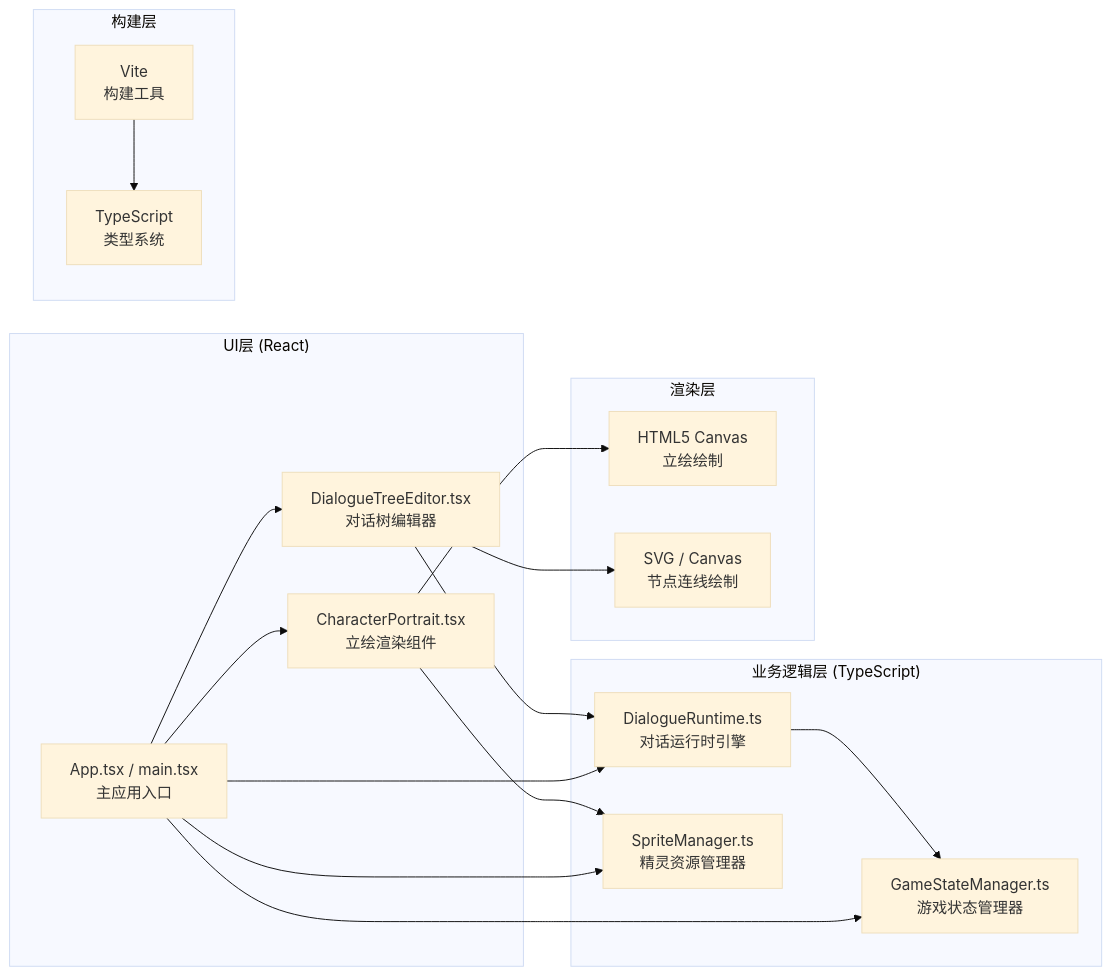
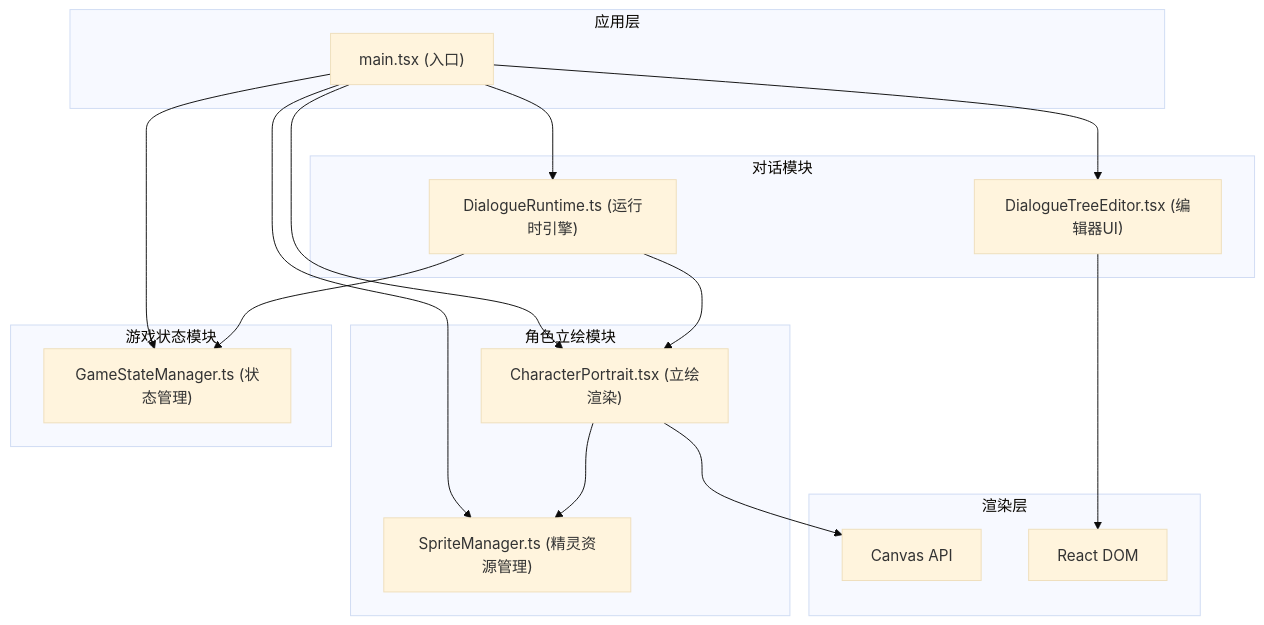
Before and after one commit to LIANG0828906/solo: the diagram in cp4_6.14_auto69/.trae/documents/TechnicalArchitecture.md, drawn with Mermaid (base theme). The commit also changed other lines of this file and 26 other files, not shown here.

````diff
--- a/cp4_6.14_auto69/.trae/documents/TechnicalArchitecture.md
+++ b/cp4_6.14_auto69/.trae/documents/TechnicalArchitecture.md
@@ -3,36 +3,32 @@
 ```mermaid
-graph LR
-    subgraph "UI层 (React)"
-        A["DialogueTreeEditor.tsx<br/>对话树编辑器"]
-        B["CharacterPortrait.tsx<br/>立绘渲染组件"]
-        C["App.tsx / main.tsx<br/>主应用入口"]
+graph TD
+    subgraph "应用层"
+        A["main.tsx (入口)"]
     end
-
-    subgraph "业务逻辑层 (TypeScript)"
-        D["DialogueRuntime.ts<br/>对话运行时引擎"]
-        E["SpriteManager.ts<br/>精灵资源管理器"]
-        F["GameStateManager.ts<br/>游戏状态管理器"]
+    subgraph "对话模块"
+        B["DialogueTreeEditor.tsx (编辑器UI)"]
+        C["DialogueRuntime.ts (运行时引擎)"]
     end
-
+    subgraph "角色立绘模块"
+        D["CharacterPortrait.tsx (立绘渲染)"]
+        E["SpriteManager.ts (精灵资源管理)"]
+    end
+    subgraph "游戏状态模块"
+        F["GameStateManager.ts (状态管理)"]
+    end
     subgraph "渲染层"
-        G["HTML5 Canvas<br/>立绘绘制"]
-        H["SVG / Canvas<br/>节点连线绘制"]
+        G["Canvas API"]
+        H["React DOM"]
     end
-
-    subgraph "构建层"
-        I["Vite<br/>构建工具"]
-        J["TypeScript<br/>类型系统"]
-    end
-
+    
+    A --> B
+    A --> C
     A --> D
-    B --> G
-    B --> E
-    D --> F
-    C --> A
-    C --> B
+    A --> E
+    A --> F
+    B --> H
+    D --> G
+    C --> F
+    D --> E
     C --> D
-    C --> E
-    C --> F
-    A --> H
-    I --> J
 ```
````
